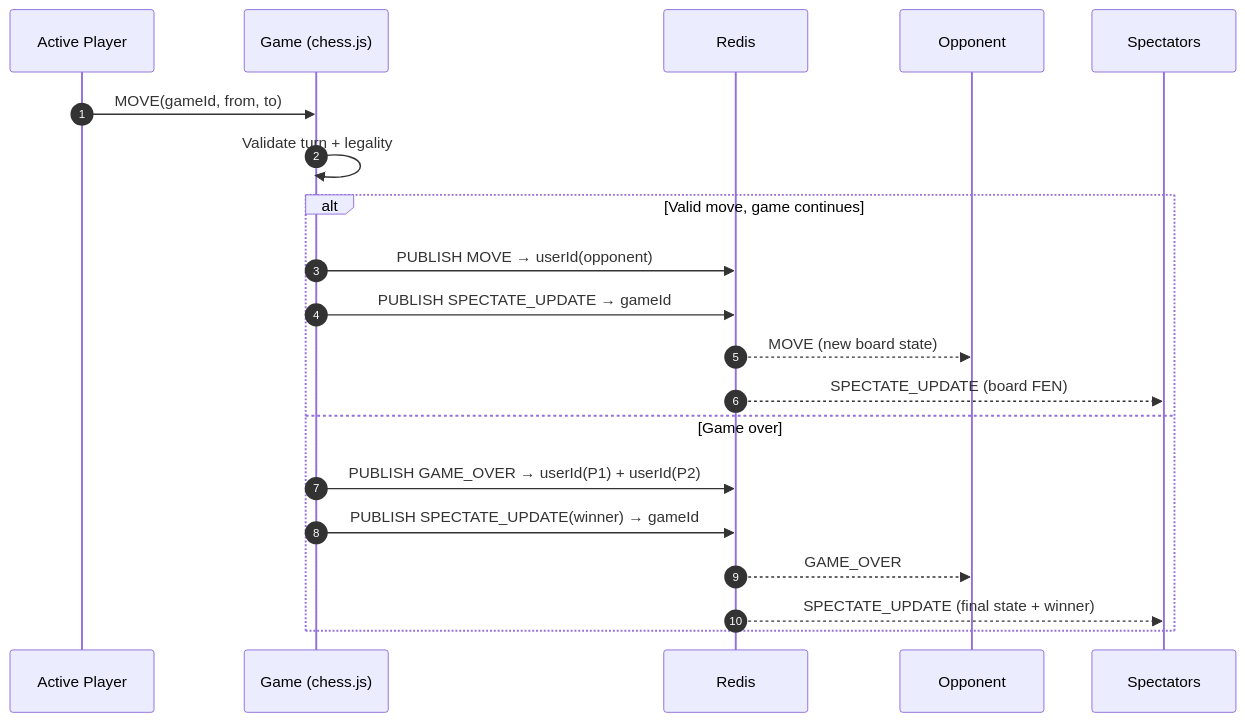
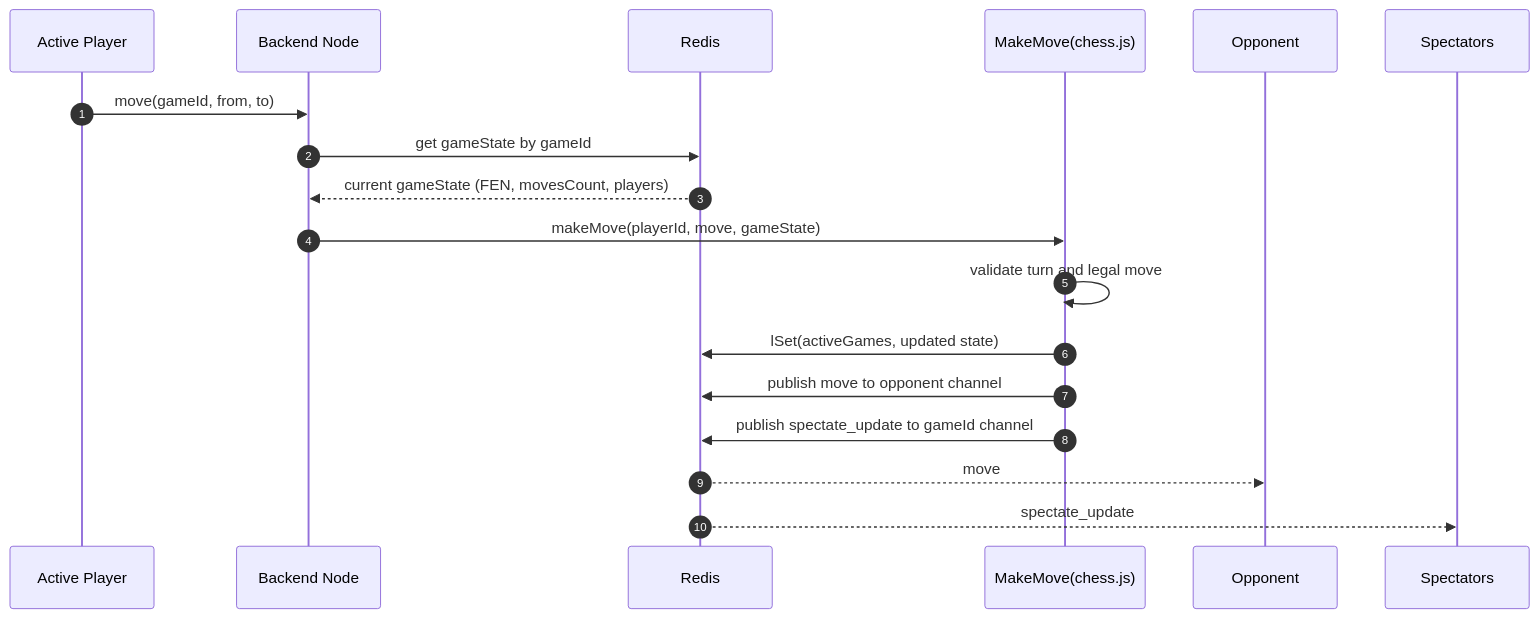
Before and after one commit to the-akemsingh/Chess: the fourth of 5 diagrams in README.md, drawn with Mermaid. The commit also changed other lines of this file, not shown here.

````diff
--- a/README.md
+++ b/README.md
@@ -129,24 +121,21 @@
 ```mermaid
 sequenceDiagram
-    autonumber
-    participant PX as Active Player
-    participant G  as Game (chess.js)
-    participant R  as Redis
-    participant OP as Opponent
-    participant SP as Spectators
+        autonumber
+        participant P as Active Player
+        participant N as Backend Node
+        participant R as Redis
+        participant M as MakeMove(chess.js)
+        participant O as Opponent
+        participant S as Spectators
 
-    PX->>G: MOVE(gameId, from, to)
-    G->>G: Validate turn + legality
-
-    alt Valid move, game continues
-        G->>R: PUBLISH MOVE → userId(opponent)
-        G->>R: PUBLISH SPECTATE_UPDATE → gameId
-        R-->>OP: MOVE (new board state)
-        R-->>SP: SPECTATE_UPDATE (board FEN)
-    else Game over
-        G->>R: PUBLISH GAME_OVER → userId(P1) + userId(P2)
-        G->>R: PUBLISH SPECTATE_UPDATE(winner) → gameId
-        R-->>OP: GAME_OVER
-        R-->>SP: SPECTATE_UPDATE (final state + winner)
-    end
+        P->>N: move(gameId, from, to)
+        N->>R: get gameState by gameId
+        R-->>N: current gameState (FEN, movesCount, players)
+        N->>M: makeMove(playerId, move, gameState)
+        M->>M: validate turn and legal move
+        M->>R: lSet(activeGames, updated state)
+        M->>R: publish move to opponent channel
+        M->>R: publish spectate_update to gameId channel
+        R-->>O: move
+        R-->>S: spectate_update
 ```
````
